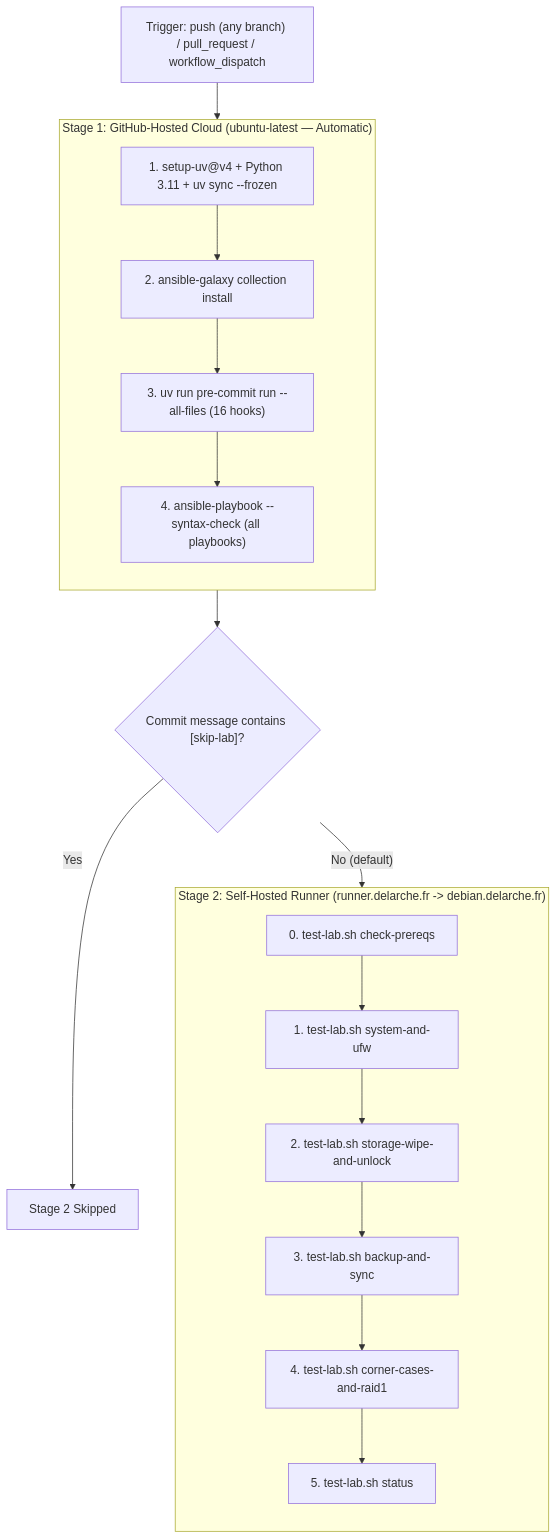
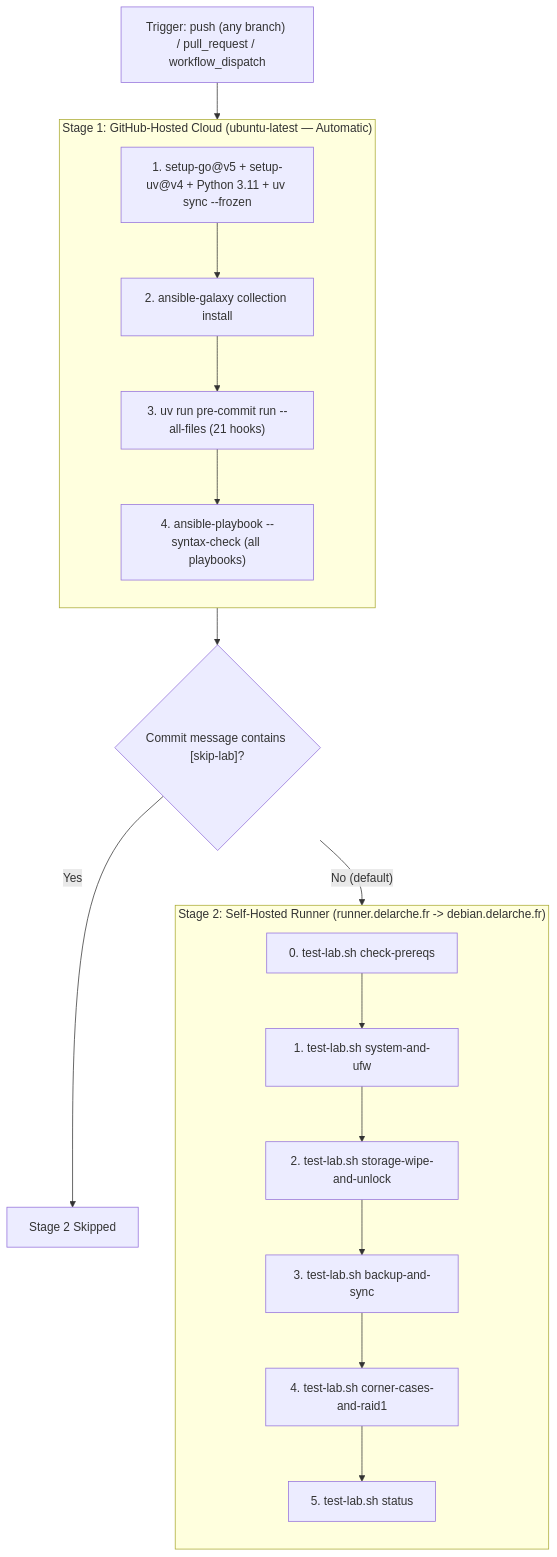
One commit to desnoe/domus changed the diagram in docs/github-ci-runner-setup.md. Above: the diagram before and after it, drawn with Mermaid. The commit also changed other lines of this file and 28 other files, not shown here.

````diff
--- a/docs/github-ci-runner-setup.md
+++ b/docs/github-ci-runner-setup.md
@@ -11,31 +11,31 @@
 ```mermaid
 flowchart TD
     Trigger["Trigger: push (any branch) / pull_request / workflow_dispatch"]
 
     subgraph Cloud ["Stage 1: GitHub-Hosted Cloud (ubuntu-latest — Automatic)"]
         direction TB
-        UV1["1. setup-uv@v4 + Python 3.11 + uv sync --frozen"]
+        UV1["1. setup-go@v5 + setup-uv@v4 + Python 3.11 + uv sync --frozen"]
         Gal1["2. ansible-galaxy collection install"]
-        PC["3. uv run pre-commit run --all-files (16 hooks)"]
+        PC["3. uv run pre-commit run --all-files (21 hooks)"]
         Syn["4. ansible-playbook --syntax-check (all playbooks)"]
         UV1 --> Gal1 --> PC --> Syn
     end
 
     Check{"Commit message contains [skip-lab]?"}
 
     subgraph Local ["Stage 2: Self-Hosted Runner (runner.delarche.fr -> debian.delarche.fr)"]
         direction TB
         T0["0. test-lab.sh check-prereqs"]
         T1["1. test-lab.sh system-and-ufw"]
         T2["2. test-lab.sh storage-wipe-and-unlock"]
         T3["3. test-lab.sh backup-and-sync"]
         T4["4. test-lab.sh corner-cases-and-raid1"]
         T5["5. test-lab.sh status"]
         T0 --> T1 --> T2 --> T3 --> T4 --> T5
     end
 
     Trigger --> UV1
     Syn --> Check
     Check -->|"Yes"| Skip["Stage 2 Skipped"]
     Check -->|"No (default)"| T0
 ```
````
